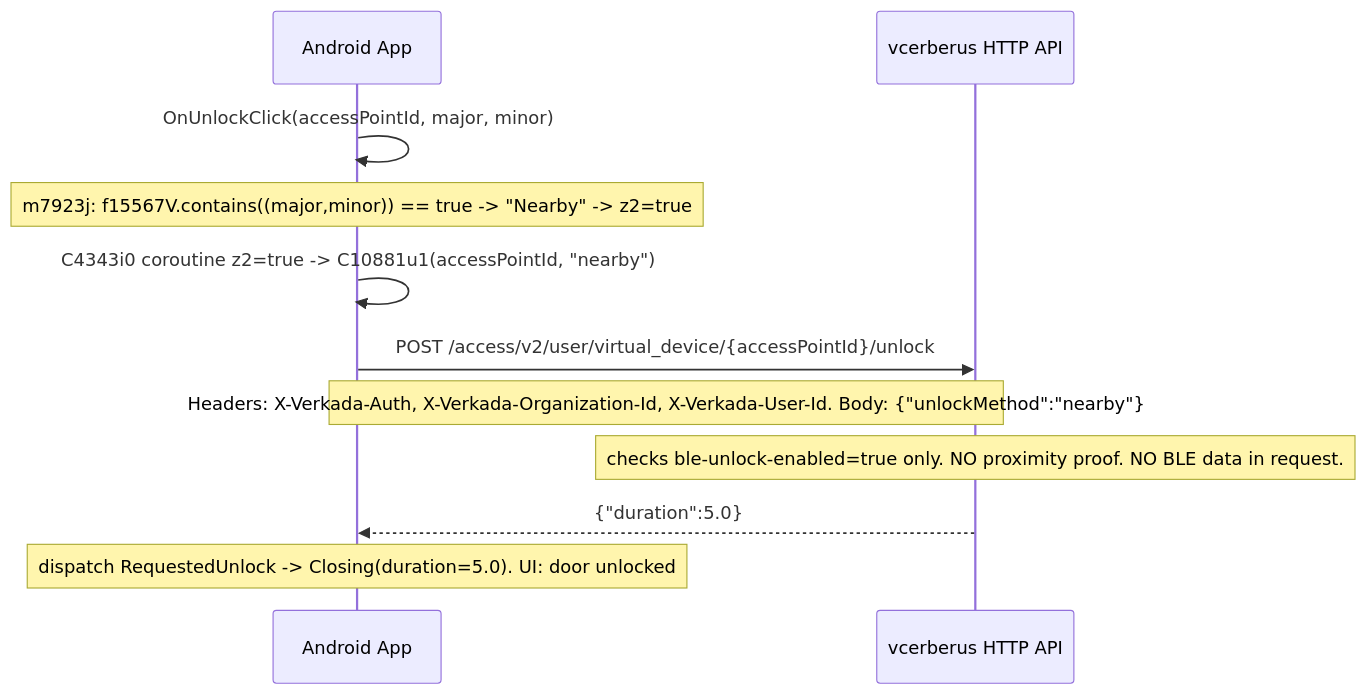
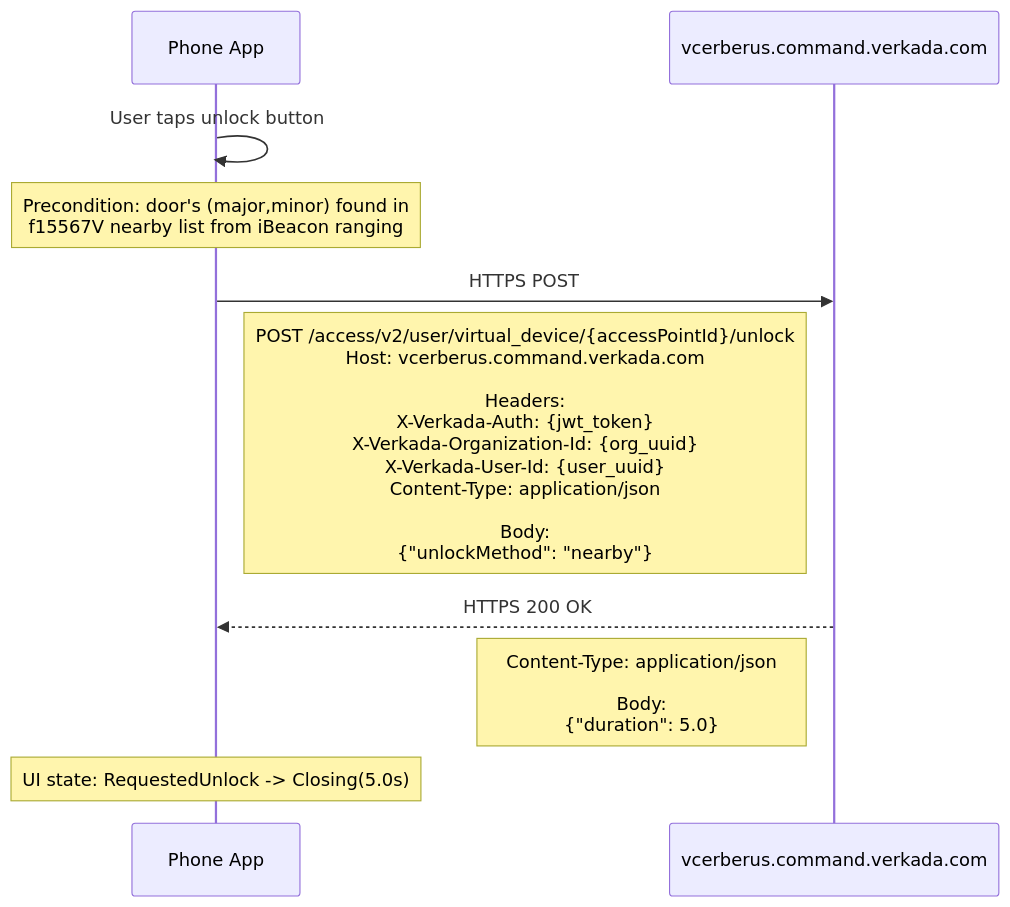
Before and after one commit to Woyken/verkada-pass-experiment: the fifth of 6 diagrams in verkada-pass-ble-flow-diagram.md, drawn with Mermaid. The commit also changed other lines of this file, not shown here.

First line of the commit message:
docs: rewrite BLE diagrams with exact wire-level data flows

````diff
--- a/verkada-pass-ble-flow-diagram.md
+++ b/verkada-pass-ble-flow-diagram.md
@@ -71,15 +232,16 @@
 ```mermaid
 sequenceDiagram
-    participant App as Android App
-    participant Server as vcerberus HTTP API
+    participant Phone as Phone App
+    participant Server as vcerberus.command.verkada.com
 
-    App->>App: OnUnlockClick(accessPointId, major, minor)
-    Note over App: m7923j: f15567V.contains((major,minor)) == true -> "Nearby" -> z2=true
-    App->>App: C4343i0 coroutine z2=true -> C10881u1(accessPointId, "nearby")
+    Phone->>Phone: User taps unlock button
+    Note over Phone: Precondition: door's (major,minor) found in<br/>f15567V nearby list from iBeacon ranging
 
-    App->>Server: POST /access/v2/user/virtual_device/{accessPointId}/unlock
-    Note over App,Server: Headers: X-Verkada-Auth, X-Verkada-Organization-Id, X-Verkada-User-Id. Body: {"unlockMethod":"nearby"}
-    Note over Server: checks ble-unlock-enabled=true only. NO proximity proof. NO BLE data in request.
-    Server-->>App: {"duration":5.0}
-    Note over App: dispatch RequestedUnlock -> Closing(duration=5.0). UI: door unlocked
+    Phone->>Server: HTTPS POST
+    Note right of Phone: POST /access/v2/user/virtual_device/{accessPointId}/unlock<br/>Host: vcerberus.command.verkada.com<br/><br/>Headers:<br/>  X-Verkada-Auth: {jwt_token}<br/>  X-Verkada-Organization-Id: {org_uuid}<br/>  X-Verkada-User-Id: {user_uuid}<br/>  Content-Type: application/json<br/><br/>Body:<br/>  {"unlockMethod": "nearby"}
+
+    Server-->>Phone: HTTPS 200 OK
+    Note left of Server: Content-Type: application/json<br/><br/>Body:<br/>  {"duration": 5.0}
+
+    Note over Phone: UI state: RequestedUnlock -> Closing(5.0s)
 ```
````
